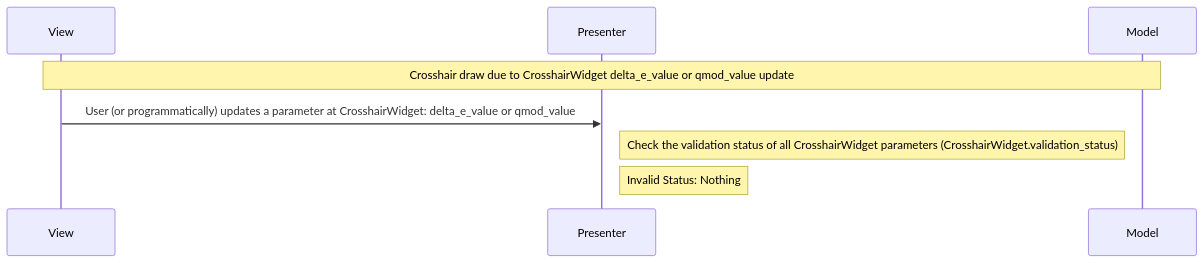
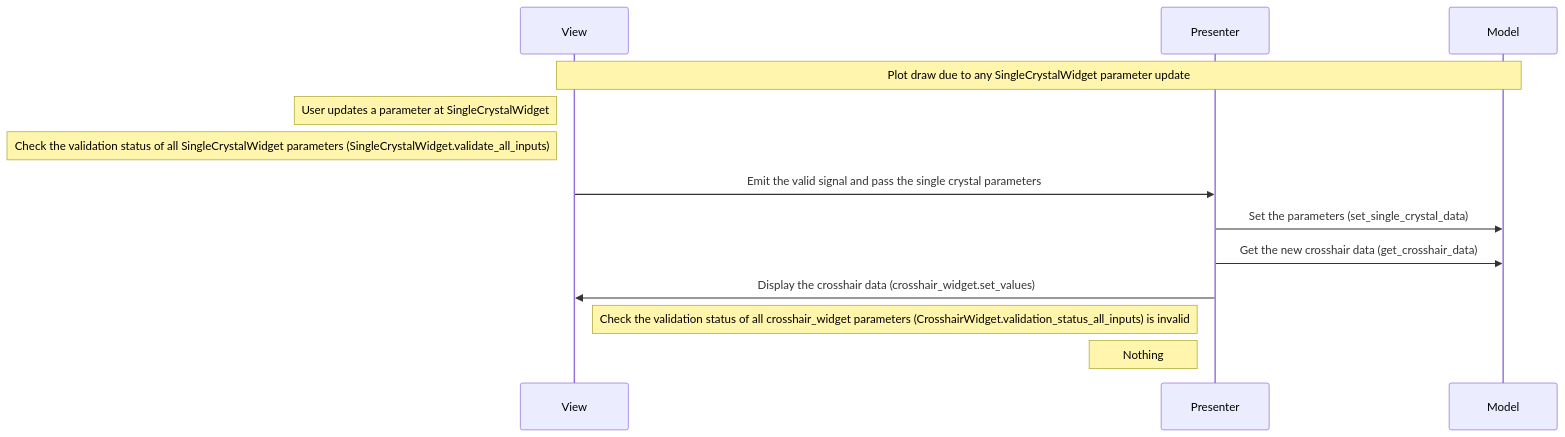
One commit to neutrons/hyspecppt changed diagram 11 of 14 in docs/source/design/hyspecpptclasses.rst. Above: the diagram before and after it, drawn with Mermaid. The commit also changed other lines of this file and 8 other files, not shown here.

```diff
--- a/docs/source/design/hyspecpptclasses.rst
+++ b/docs/source/design/hyspecpptclasses.rst
@@ -562,11 +349,16 @@
         .. mermaid::
 
             sequenceDiagram
                 participant View
                 participant Presenter
                 participant Model
 
-                Note over View,Model: Crosshair draw due to CrosshairWidget delta_e_value or qmod_value update
-                View->>Presenter: User (or programmatically) updates a parameter at CrosshairWidget: delta_e_value or qmod_value
-                Note right of Presenter: Check the validation status of all CrosshairWidget parameters (CrosshairWidget.validation_status)
-                Note right of Presenter: Invalid Status: Nothing
+                Note over View,Model: Plot draw due to any SingleCrystalWidget parameter update
+                Note left of View: User updates a parameter at SingleCrystalWidget
+                Note left of View: Check the validation status of all SingleCrystalWidget parameters (SingleCrystalWidget.validate_all_inputs)
+                View->>Presenter: Emit the valid signal and pass the single crystal parameters
+                Presenter->>Model: Set the parameters (set_single_crystal_data)
+                Presenter->>Model: Get the new crosshair data (get_crosshair_data)
+                Presenter->>View: Display the crosshair data (crosshair_widget.set_values)
+                Note left of Presenter: Check the validation status of all crosshair_widget parameters (CrosshairWidget.validation_status_all_inputs) is invalid
+                Note left of Presenter: Nothing
```
